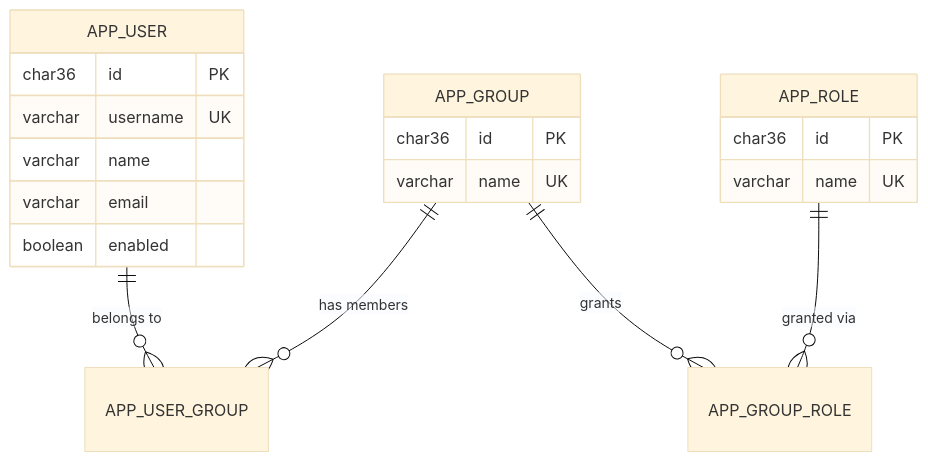
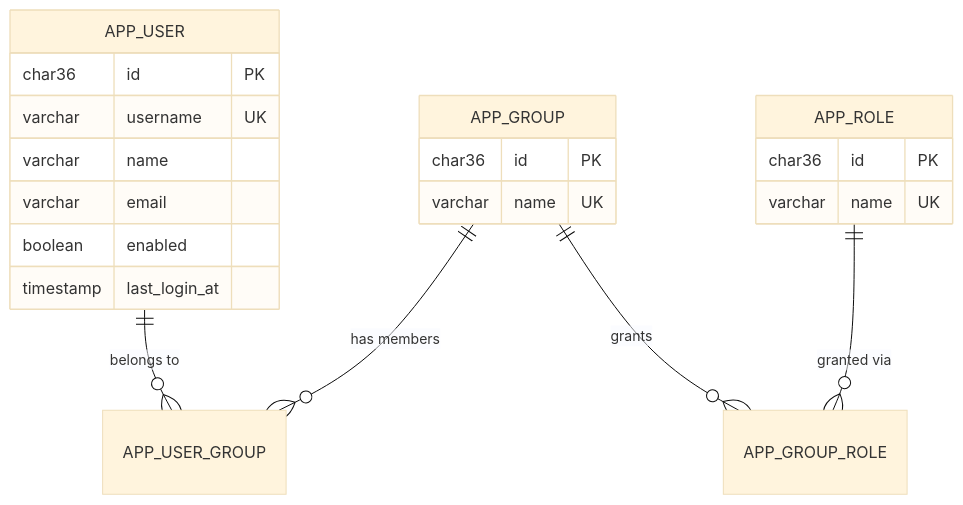
The third of 4 diagrams in docs/system-design/05-building-block-view.md (justin-tay/java-app-web-api-server-template), drawn with Mermaid (base theme) before and after one commit. The commit also changed 16 other files, not shown here.

Commit message:
feat: record last login and add user status filter

````diff
--- a/docs/system-design/05-building-block-view.md
+++ b/docs/system-design/05-building-block-view.md
@@ -133,23 +133,24 @@
 ```mermaid
 erDiagram
     APP_USER ||--o{ APP_USER_GROUP : "belongs to"
     APP_GROUP ||--o{ APP_USER_GROUP : "has members"
     APP_GROUP ||--o{ APP_GROUP_ROLE : "grants"
     APP_ROLE ||--o{ APP_GROUP_ROLE : "granted via"
 
     APP_USER {
         char36 id PK
         varchar username UK
         varchar name
         varchar email
         boolean enabled
+        timestamp last_login_at
     }
     APP_GROUP {
         char36 id PK
         varchar name UK
     }
     APP_ROLE {
         char36 id PK
         varchar name UK
     }
 ```
````
